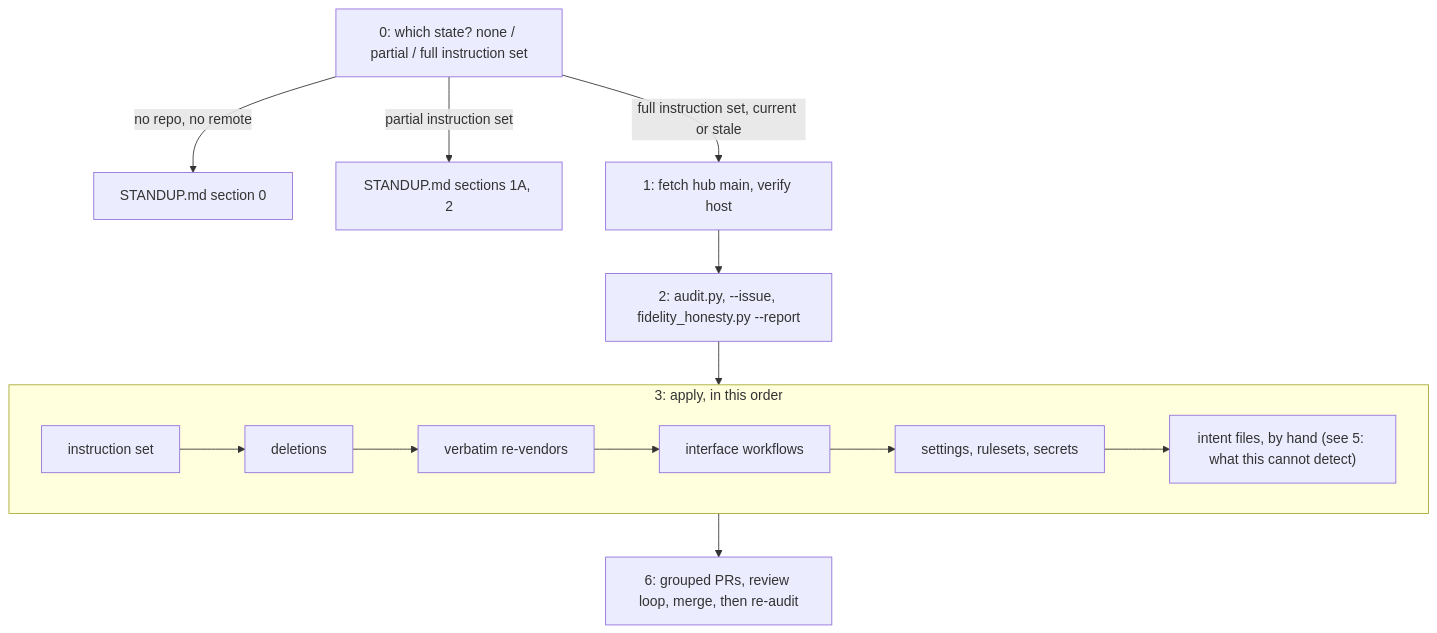
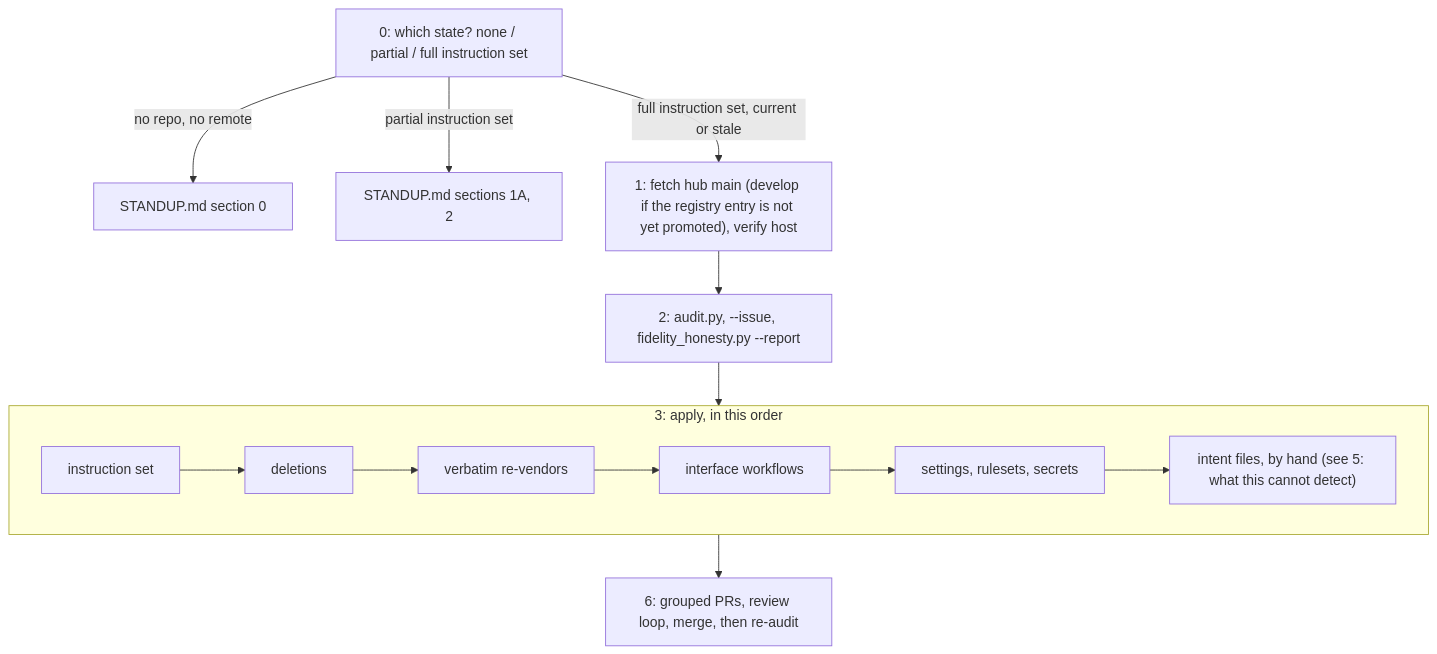
The first of 2 diagrams in RESYNC.md (ptr727/ProjectTemplate), drawn with Mermaid before and after one commit. The commit also changed other lines of this file, not shown here.

Commit message:
Name the Pin and Hook-Helper Gaps as Hand Checks and Match the Flowchart to the Develop Exception

````diff
--- a/RESYNC.md
+++ b/RESYNC.md
@@ -7,13 +7,13 @@
 ```mermaid
 flowchart TD
   route["0: which state? none / partial / full instruction set"]
   route -->|"no repo, no remote"| toStandup["STANDUP.md section 0"]
   route -->|"partial instruction set"| toStandup2["STANDUP.md sections 1A, 2"]
-  route -->|"full instruction set, current or stale"| reach["1: fetch hub main, verify host"]
+  route -->|"full instruction set, current or stale"| reach["1: fetch hub main (develop if the registry entry is not yet promoted), verify host"]
   reach --> measure["2: audit.py, --issue, fidelity_honesty.py --report"]
   subgraph apply["3: apply, in this order"]
     instr["instruction set"] --> del["deletions"] --> revendor["verbatim re-vendors"] --> iface["interface workflows"] --> settings["settings, rulesets, secrets"] --> intent["intent files, by hand (see 5: what this cannot detect)"]
   end
   measure --> apply
   apply --> ship["6: grouped PRs, review loop, merge, then re-audit"]
 ```
````
